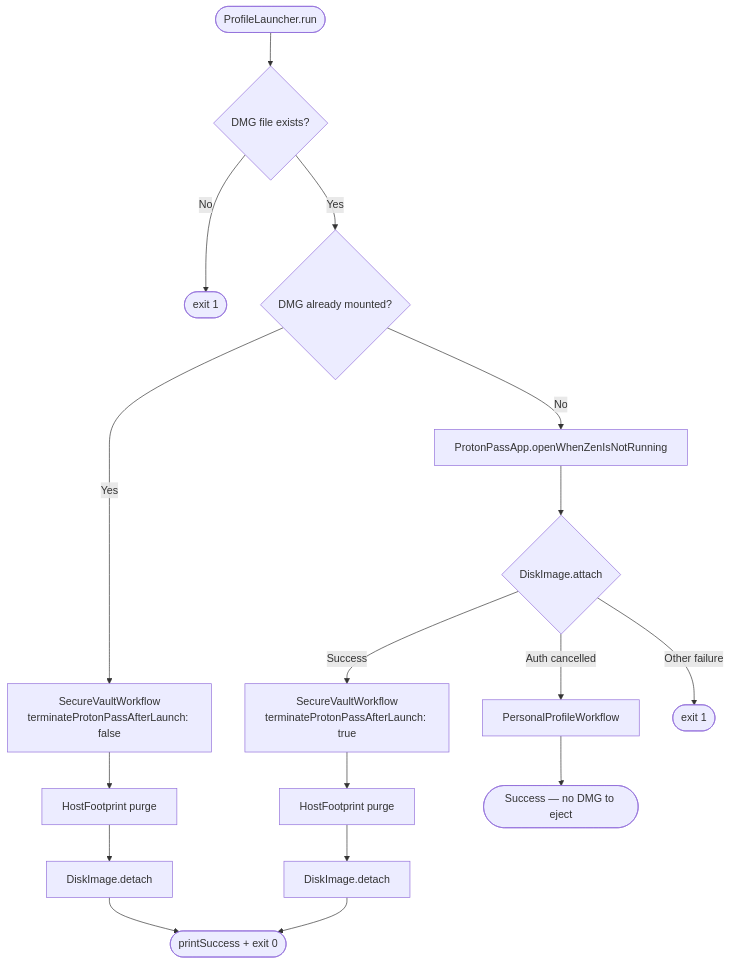
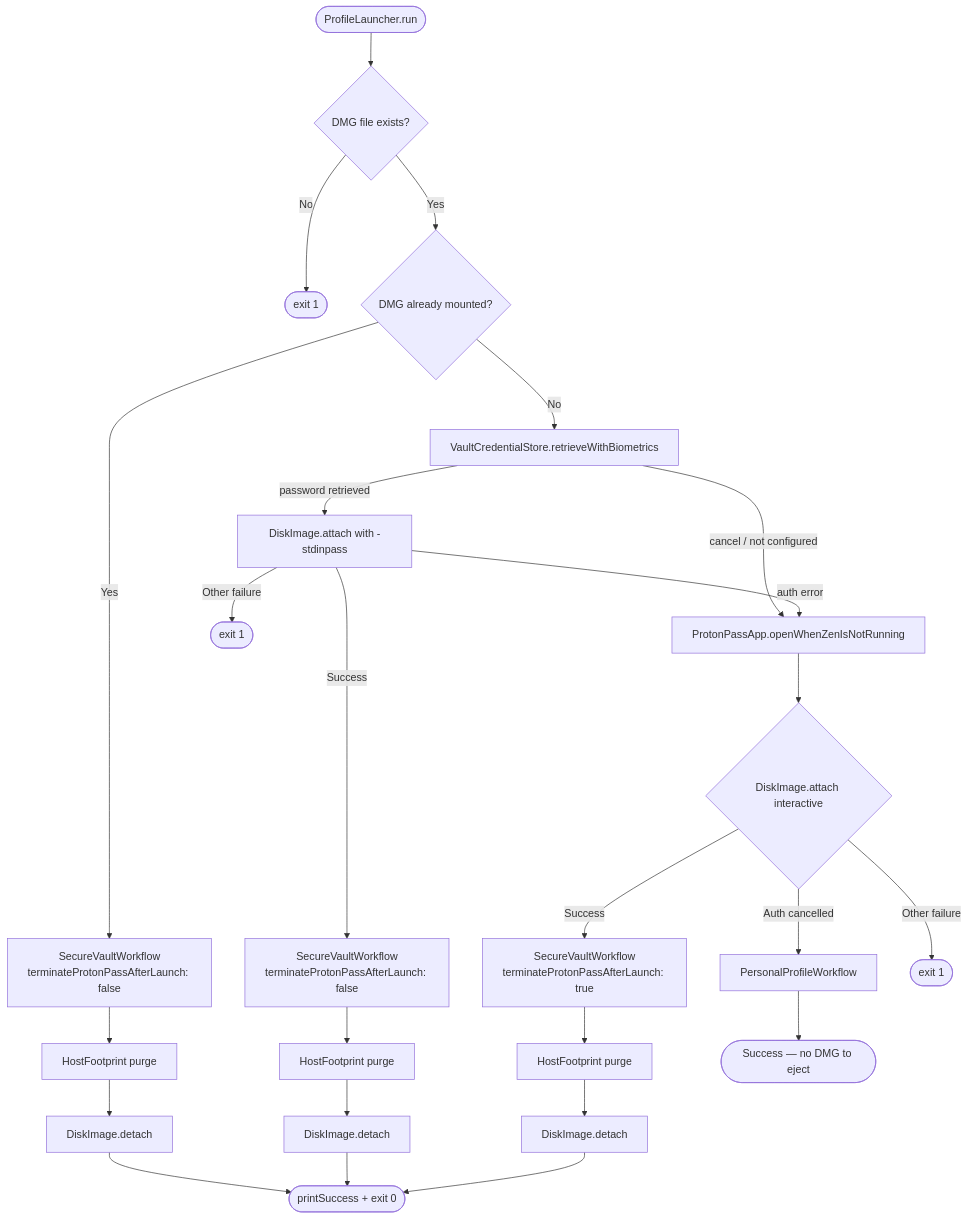
The second of 6 diagrams in პროფილი-README.md (Johann-Goncalves-Pereira/Raycast), drawn with Mermaid before and after one commit. The commit also changed other lines of this file and 1 other file, not shown here.

First line of the commit message:
refactor ✨: Enhance Zen Secure Profile workflow with Keychain integration

````diff
--- a/პროფილი-README.md
+++ b/პროფილი-README.md
@@ -68,23 +71,32 @@
 ```mermaid
 flowchart TD
     Start([ProfileLauncher.run]) --> ValidateDMG{DMG file exists?}
     ValidateDMG -->|No| Exit1([exit 1])
     ValidateDMG -->|Yes| CheckMounted{DMG already mounted?}
 
     CheckMounted -->|Yes| SecureSkipPass[SecureVaultWorkflow<br/>terminateProtonPassAfterLaunch: false]
-    CheckMounted -->|No| OpenPass[ProtonPassApp.openWhenZenIsNotRunning]
+    CheckMounted -->|No| TouchID[VaultCredentialStore.retrieveWithBiometrics]
 
-    OpenPass --> TryMount{DiskImage.attach}
+    TouchID -->|password retrieved| StdinMount[DiskImage.attach with -stdinpass]
+    TouchID -->|cancel / not configured| OpenPass[ProtonPassApp.openWhenZenIsNotRunning]
+    StdinMount -->|auth error| OpenPass
+
+    OpenPass --> TryMount{DiskImage.attach interactive}
+    StdinMount -->|Success| SecureTouchID[SecureVaultWorkflow<br/>terminateProtonPassAfterLaunch: false]
     TryMount -->|Success| SecureKillPass[SecureVaultWorkflow<br/>terminateProtonPassAfterLaunch: true]
     TryMount -->|Auth cancelled| Personal[PersonalProfileWorkflow]
     TryMount -->|Other failure| Exit2([exit 1])
+    StdinMount -->|Other failure| Exit3([exit 1])
 
     SecureSkipPass --> Purge1[HostFootprint purge]
-    SecureKillPass --> Purge2[HostFootprint purge]
+    SecureTouchID --> Purge2[HostFootprint purge]
+    SecureKillPass --> Purge3[HostFootprint purge]
     Purge1 --> Eject1[DiskImage.detach]
     Purge2 --> Eject2[DiskImage.detach]
+    Purge3 --> Eject3[DiskImage.detach]
     Personal --> Done([Success — no DMG to eject])
 
     Eject1 --> Success([printSuccess + exit 0])
     Eject2 --> Success
+    Eject3 --> Success
 ```
````
